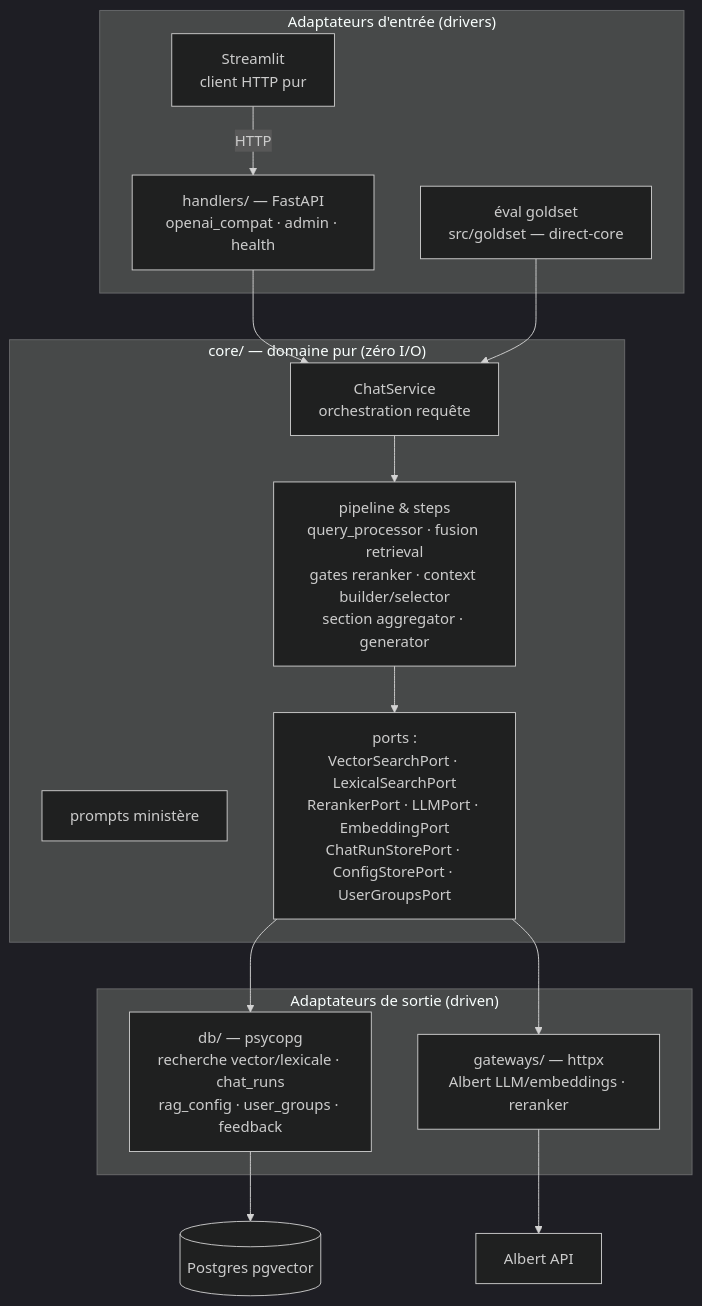
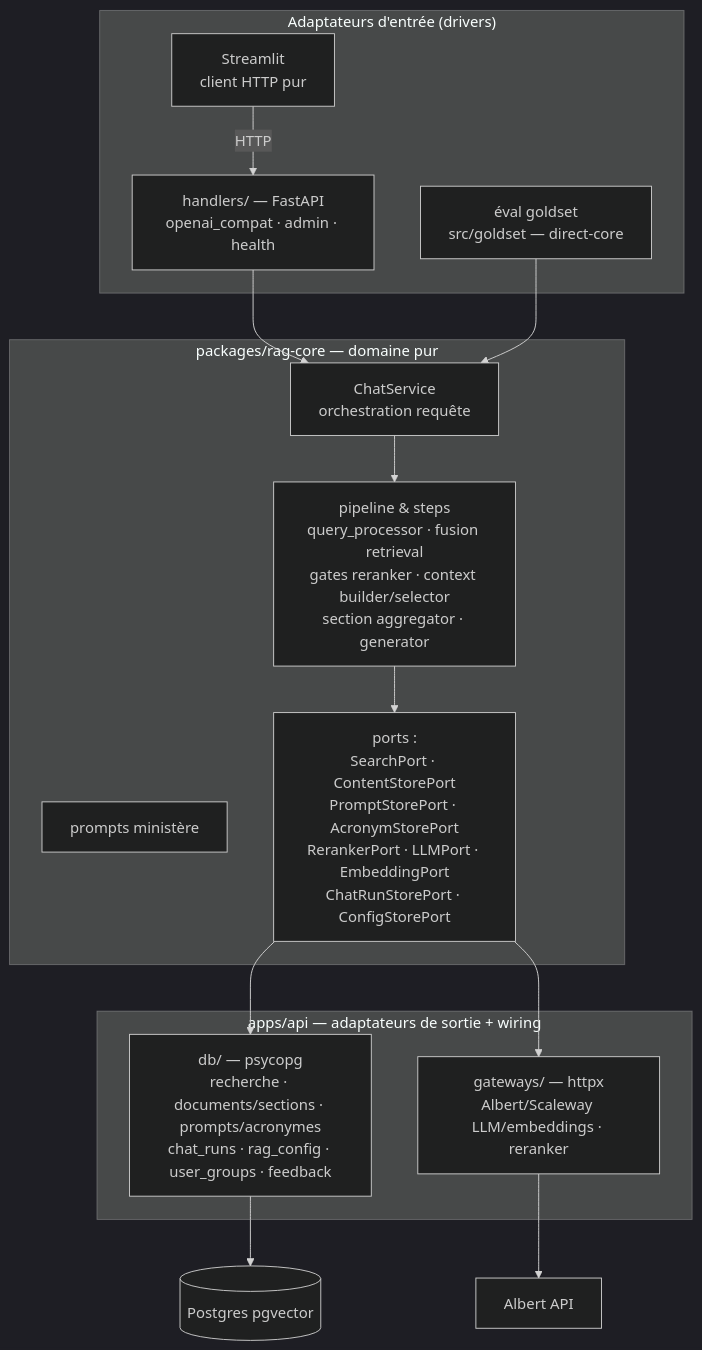
Before and after one commit to DGAFP/assistant-rh: the diagram in docs/architecture/hexagonal-split/01-target-architecture.md, drawn with Mermaid (dark theme). The commit also changed other lines of this file and 6 other files, not shown here.

````diff
--- a/docs/architecture/hexagonal-split/01-target-architecture.md
+++ b/docs/architecture/hexagonal-split/01-target-architecture.md
@@ -7,30 +7,30 @@
 ```mermaid
 flowchart TB
     subgraph drivers ["Adaptateurs d'entrée (drivers)"]
         H[handlers/ — FastAPI<br/>openai_compat · admin · health]
         EV[éval goldset<br/>src/goldset — direct-core]
         ST[Streamlit<br/>client HTTP pur]
     end
 
-    subgraph core ["core/ — domaine pur (zéro I/O)"]
+    subgraph core ["packages/rag-core — domaine pur"]
         CS[ChatService<br/>orchestration requête]
         P[pipeline & steps<br/>query_processor · fusion retrieval<br/>gates reranker · context builder/selector<br/>section aggregator · generator]
         PR[prompts ministère]
-        PO[ports :<br/>VectorSearchPort · LexicalSearchPort<br/>RerankerPort · LLMPort · EmbeddingPort<br/>ChatRunStorePort · ConfigStorePort · UserGroupsPort]
+        PO[ports :<br/>SearchPort · ContentStorePort<br/>PromptStorePort · AcronymStorePort<br/>RerankerPort · LLMPort · EmbeddingPort<br/>ChatRunStorePort · ConfigStorePort]
     end
 
-    subgraph driven ["Adaptateurs de sortie (driven)"]
-        DB[db/ — psycopg<br/>recherche vector/lexicale · chat_runs<br/>rag_config · user_groups · feedback]
-        GW[gateways/ — httpx<br/>Albert LLM/embeddings · reranker]
+    subgraph driven ["apps/api — adaptateurs de sortie + wiring"]
+        DB[db/ — psycopg<br/>recherche · documents/sections · prompts/acronymes<br/>chat_runs · rag_config · user_groups · feedback]
+        GW[gateways/ — httpx<br/>Albert/Scaleway LLM/embeddings · reranker]
     end
 
     ST -->|HTTP| H
     H --> CS
     EV --> CS
     CS --> P
     P --> PO
     PO --> DB
     PO --> GW
     DB --> PG[(Postgres pgvector)]
     GW --> ALB[Albert API]
 ```
````
